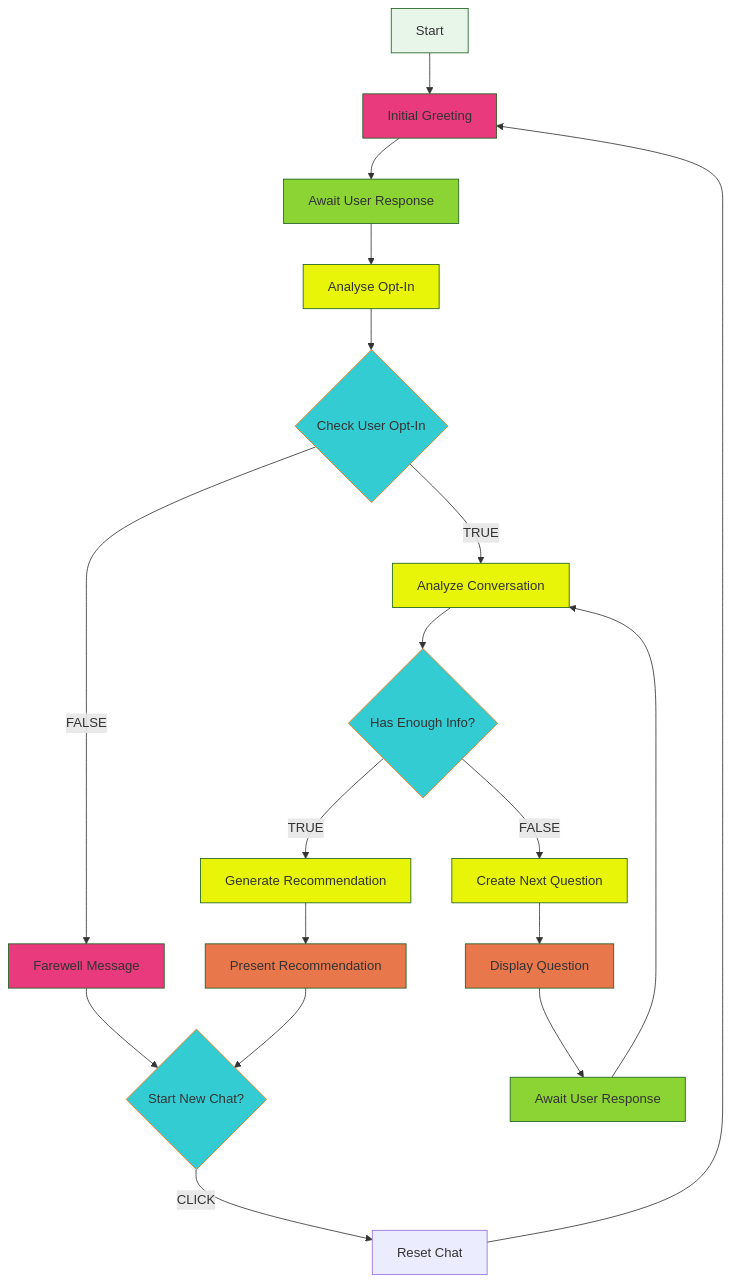
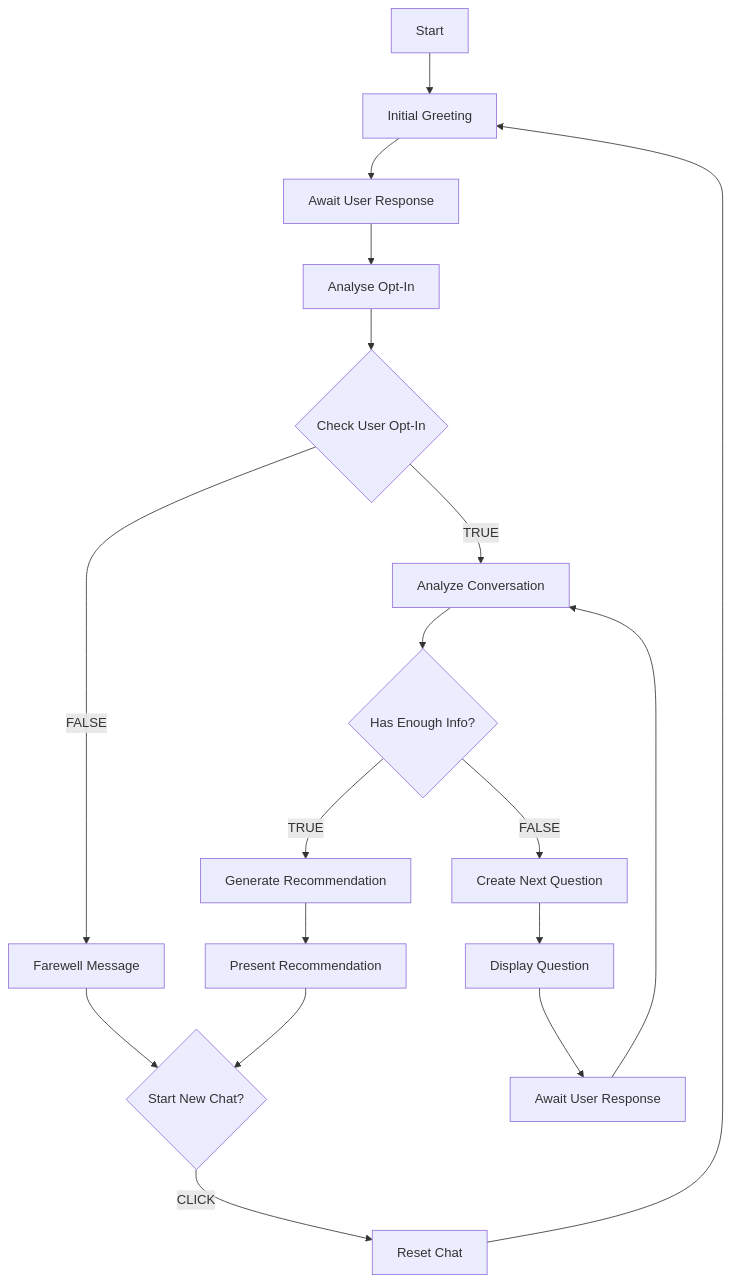
One commit to Astrotope/mr-level-05-fsd-mission-04-deno2-hono4-react18 changed the third of 3 diagrams in README.md. Above: the diagram before and after it, drawn with Mermaid. The commit also changed other lines of this file, not shown here.

Commit message:
update README.md - mermaid typo fix.

````diff
--- a/README.md
+++ b/README.md
@@ -223,45 +214,29 @@
 ```mermaid
 flowchart TD
     A[Start] --> B[Initial Greeting]
     
     B --> L[Await User Response]
     L --> M[Analyse Opt-In]
     M --> C{Check User Opt-In}
     
     C -->|TRUE| E[Analyze Conversation]
 
     C -->|FALSE| D[Farewell Message]
     D --> K
     
     E --> F{Has Enough Info?}
 
     G --> O[Display Question]
     O --> H[Await User Response]
 
     F -->|FALSE| G[Create Next Question]
     H --> E
     
     F -->|TRUE| I[Generate Recommendation]
     I --> J[Present Recommendation]
     
     J --> K{Start New Chat?}
     K --> |CLICK| N[Reset Chat]
     N --> B
     
-    %% Styling
-    classDef process fill:#e1f5fe,stroke:#01579b
-    classDef decision fill:#34CCD3,stroke:#ff6f00
-    classDef terminal fill:#e8f5e9,stroke:#1b5e20
-    classDef bot fill:#e8f509,stroke:#1b5e20
-    classDef user fill:#8CD334,stroke:#1b5e20
-    classDef scripted_message fill:#E83A7D,stroke:#1b5e20
-    classDef ai_message fill:#E8784C,stroke:#1b5e20
-
-    class A,D terminal
-    class B,J process
-    class C,F,K decision
-    class M,I,G,E bot
-    class L,H user
-    class B,D scripted_message
-    class J,O ai_message
 ```
````
